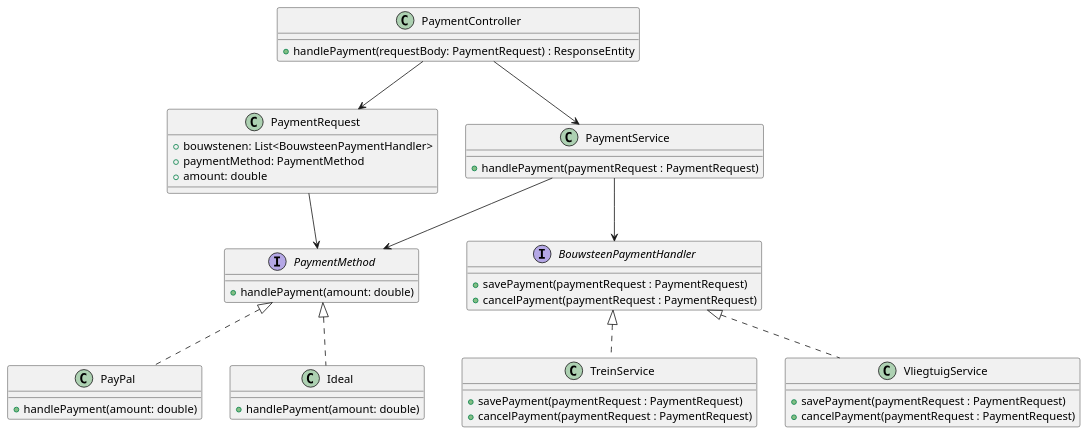
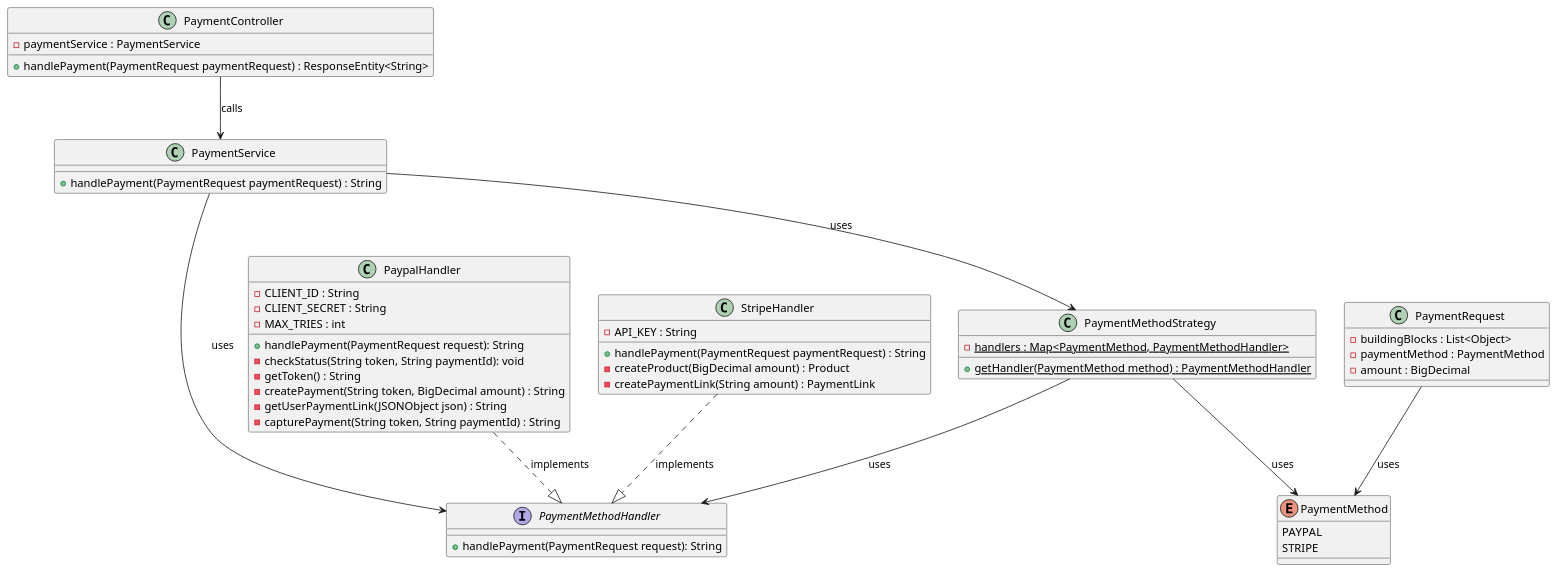
One commit to AIM-ENE-feb25/triptop-de-broederbond-fgs changed the diagram in groeps-uitwerkingen/week2/klassediagrammen/klassediagram-Stefan.puml. Above: the diagram before and after it, drawn with PlantUML. The commit also changed 10 other files, not shown here.

Commit message:
klassediagram aangepast en code cleanup

```diff
--- a/groeps-uitwerkingen/week2/klassediagrammen/klassediagram-Stefan.puml
+++ b/groeps-uitwerkingen/week2/klassediagrammen/klassediagram-Stefan.puml
@@ -1,46 +1,62 @@
 @startuml
 
-class PaymentRequest{
-    + bouwstenen: List<BouwsteenPaymentHandler>
-    + paymentMethod: PaymentMethod
-    + amount: double
+class PaymentController{
+    -paymentService : PaymentService
+
+    +handlePayment(PaymentRequest paymentRequest) : ResponseEntity<String>
 }
-PaymentRequest --> PaymentMethod
+PaymentController --> PaymentService : calls
 
-class PaymentController{
-    + handlePayment(requestBody: PaymentRequest) : ResponseEntity
+class PaymentService{
+    +handlePayment(PaymentRequest paymentRequest) : String
 }
-PaymentController --> PaymentService
-PaymentController --> PaymentRequest
+PaymentService --> PaymentMethodStrategy : uses
+PaymentService --> PaymentMethodHandler : uses
 
-
-class PaymentService {
-    + handlePayment(paymentRequest : PaymentRequest)
-}
-PaymentService --> PaymentMethod
-PaymentService --> BouwsteenPaymentHandler
-
-interface BouwsteenPaymentHandler {
-    + savePayment(paymentRequest : PaymentRequest)
-    + cancelPayment(paymentRequest : PaymentRequest)
-}
-class TreinService implements BouwsteenPaymentHandler{
-    + savePayment(paymentRequest : PaymentRequest)
-    + cancelPayment(paymentRequest : PaymentRequest)
-}
-class VliegtuigService implements BouwsteenPaymentHandler{
-    + savePayment(paymentRequest : PaymentRequest)
-    + cancelPayment(paymentRequest : PaymentRequest)
+interface PaymentMethodHandler{
+    +handlePayment(PaymentRequest request): String
 }
 
-interface PaymentMethod{
-    + handlePayment(amount: double)
+class PaypalHandler{
+    -CLIENT_ID : String
+    -CLIENT_SECRET : String
+    -MAX_TRIES : int
+
+    +handlePayment(PaymentRequest request): String
+    -checkStatus(String token, String paymentId): void
+    -getToken() : String
+    -createPayment(String token, BigDecimal amount) : String
+    -getUserPaymentLink(JSONObject json) : String
+    -capturePayment(String token, String paymentId) : String
 }
-class PayPal implements PaymentMethod{
-    + handlePayment(amount: double)
+PaypalHandler ..|> PaymentMethodHandler : implements
+
+class StripeHandler{
+    -API_KEY : String
+
+    +handlePayment(PaymentRequest paymentRequest) : String
+    -createProduct(BigDecimal amount) : Product
+    -createPaymentLink(String amount) : PaymentLink
 }
-class Ideal implements PaymentMethod{
-    + handlePayment(amount: double)
+StripeHandler ..|> PaymentMethodHandler : implements
+
+class PaymentMethodStrategy{
+    -{static}handlers : Map<PaymentMethod, PaymentMethodHandler>
+    +{static}getHandler(PaymentMethod method) : PaymentMethodHandler
+}
+PaymentMethodStrategy --> PaymentMethod : uses
+PaymentMethodStrategy --> PaymentMethodHandler : uses
+
+class PaymentRequest{
+    -buildingBlocks : List<Object>
+    -paymentMethod : PaymentMethod
+    -amount : BigDecimal
+}
+PaymentRequest --> PaymentMethod : uses
+
+enum PaymentMethod{
+    PAYPAL
+    STRIPE
 }
 
 @enduml
```
